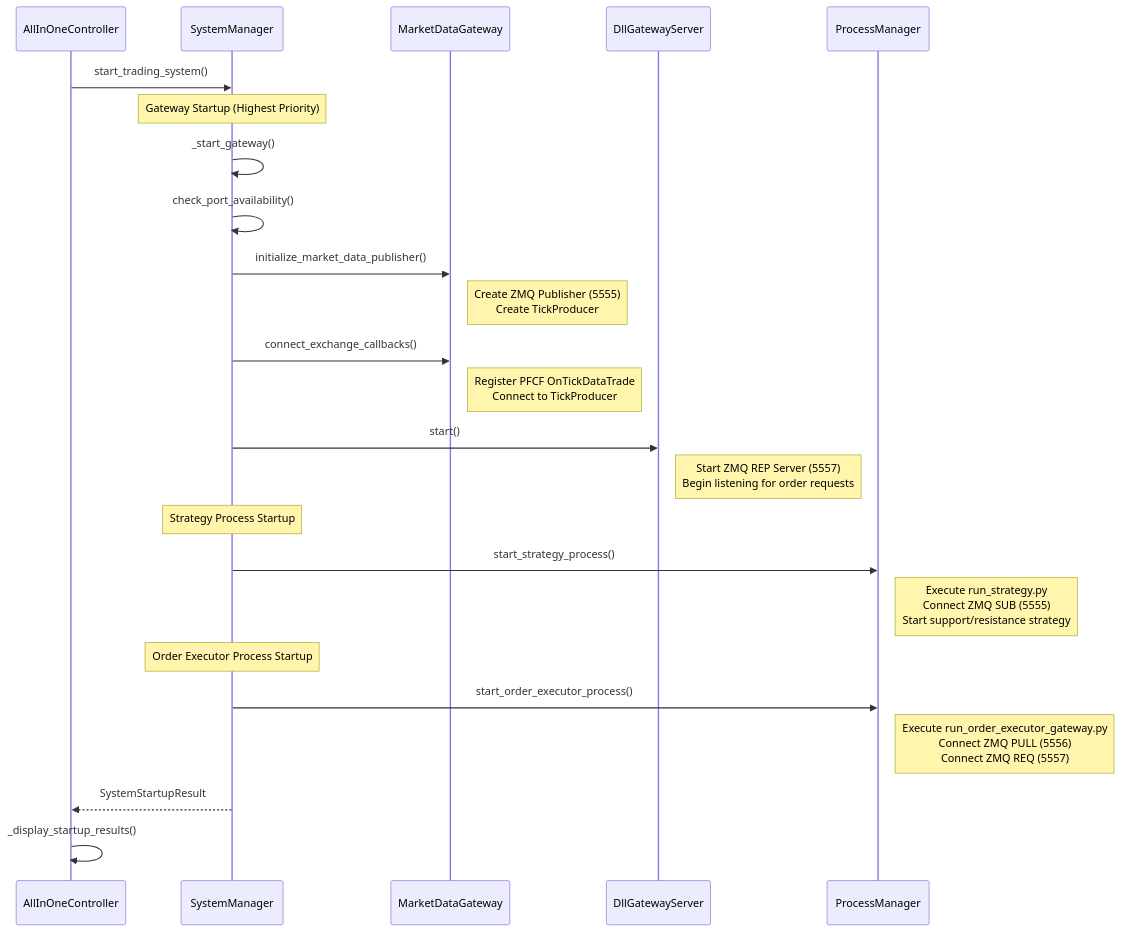
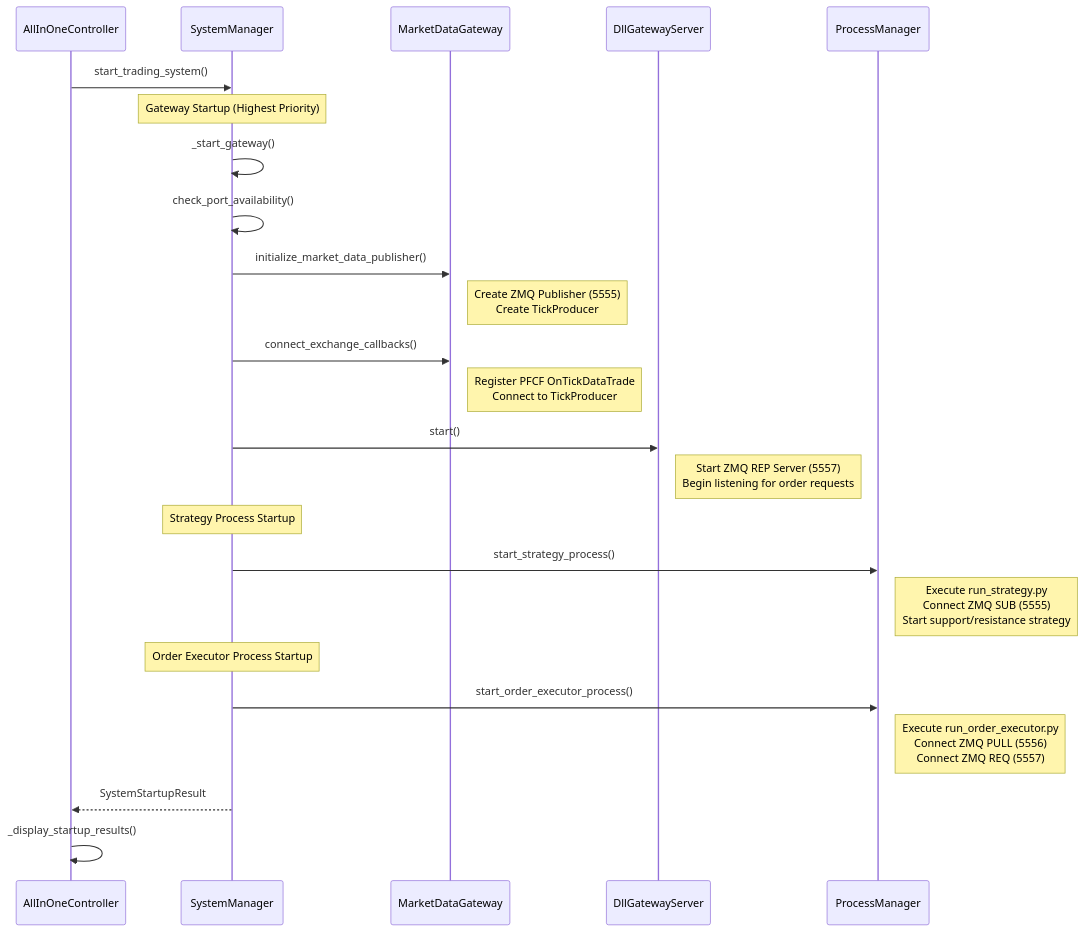
Before and after one commit to ttpss930141011/auto-futures-trading-machine: the second of 5 diagrams in docs/guides/ALLINONE_CONTROLLER_GUIDE.md, drawn with Mermaid. The commit also changed other lines of this file and 50 other files, not shown here.

````diff
--- a/docs/guides/ALLINONE_CONTROLLER_GUIDE.md
+++ b/docs/guides/ALLINONE_CONTROLLER_GUIDE.md
@@ -42,31 +42,31 @@
 ```mermaid
 sequenceDiagram
     participant AC as AllInOneController
     participant SM as SystemManager
     participant MG as MarketDataGateway
     participant DG as DllGatewayServer
     participant PM as ProcessManager
     
     AC->>SM: start_trading_system()
     
     Note over SM: Gateway Startup (Highest Priority)
     SM->>SM: _start_gateway()
     SM->>SM: check_port_availability()
     SM->>MG: initialize_market_data_publisher()
     Note right of MG: Create ZMQ Publisher (5555)<br/>Create TickProducer
     SM->>MG: connect_exchange_callbacks()
     Note right of MG: Register PFCF OnTickDataTrade<br/>Connect to TickProducer
     SM->>DG: start()
     Note right of DG: Start ZMQ REP Server (5557)<br/>Begin listening for order requests
     
     Note over SM: Strategy Process Startup
     SM->>PM: start_strategy_process()
     Note right of PM: Execute run_strategy.py<br/>Connect ZMQ SUB (5555)<br/>Start support/resistance strategy
     
     Note over SM: Order Executor Process Startup
     SM->>PM: start_order_executor_process()
-    Note right of PM: Execute run_order_executor_gateway.py<br/>Connect ZMQ PULL (5556)<br/>Connect ZMQ REQ (5557)
+    Note right of PM: Execute run_order_executor.py<br/>Connect ZMQ PULL (5556)<br/>Connect ZMQ REQ (5557)
     
     SM-->>AC: SystemStartupResult
     AC->>AC: _display_startup_results()
 ```
````
